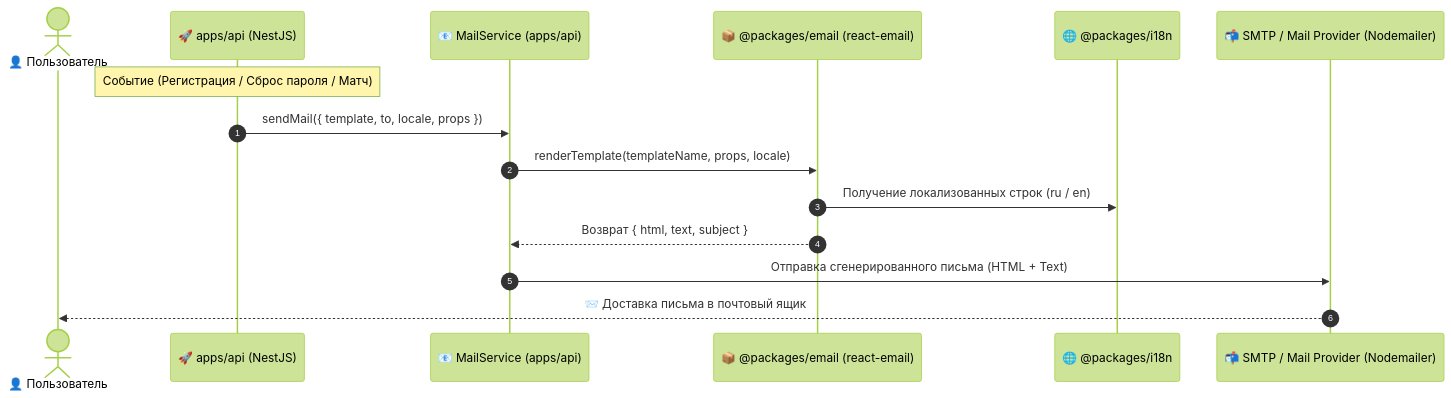
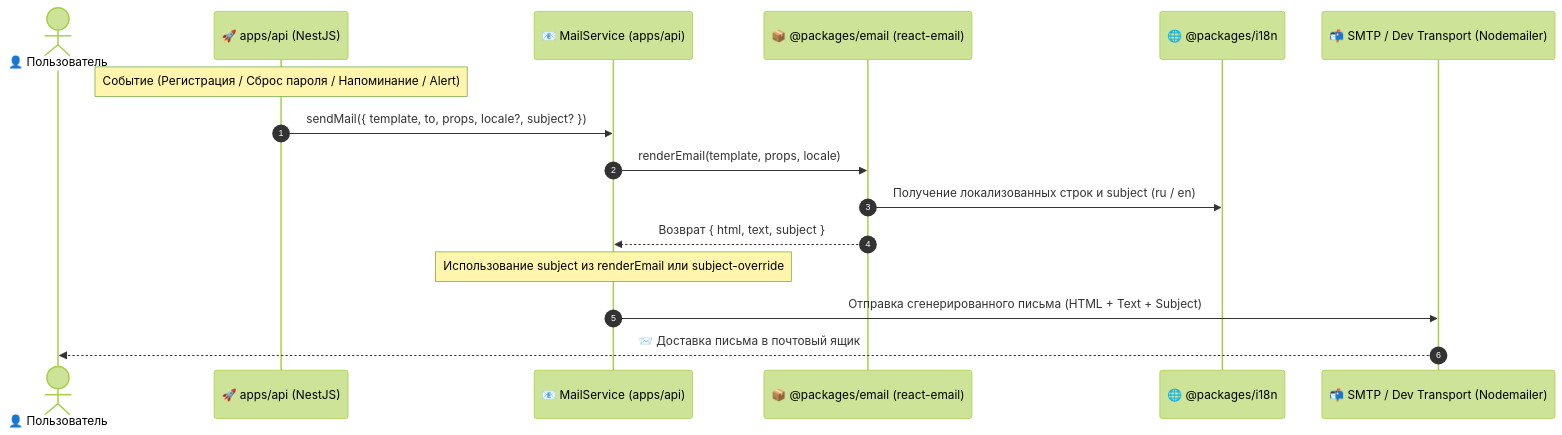
The diagram in docs/tasks/email-service.md (Riko4502/MockInterviewAI), drawn with Mermaid (forest theme) before and after one commit. The commit also changed other lines of this file, not shown here.

Commit message:
docs(task): add email service task documentation

````diff
--- a/docs/tasks/email-service.md
+++ b/docs/tasks/email-service.md
@@ -9,20 +9,21 @@
 ```mermaid
 sequenceDiagram
     autonumber
     actor User as 👤 Пользователь
     participant API as 🚀 apps/api (NestJS)
     participant MailService as 📧 MailService (apps/api)
     participant PkgEmail as 📦 @packages/email (react-email)
     participant I18n as 🌐 @packages/i18n
-    participant Transport as 📬 SMTP / Mail Provider (Nodemailer)
+    participant Transport as 📬 SMTP / Dev Transport (Nodemailer)
 
-    Note over API: Событие (Регистрация / Сброс пароля / Матч)
-    API->>MailService: sendMail({ template, to, locale, props })
+    Note over API: Событие (Регистрация / Сброс пароля / Напоминание / Alert)
+    API->>MailService: sendMail({ template, to, props, locale?, subject? })
     
-    MailService->>PkgEmail: renderTemplate(templateName, props, locale)
-    PkgEmail->>I18n: Получение локализованных строк (ru / en)
+    MailService->>PkgEmail: renderEmail(template, props, locale)
+    PkgEmail->>I18n: Получение локализованных строк и subject (ru / en)
     PkgEmail-->>MailService: Возврат { html, text, subject }
     
-    MailService->>Transport: Отправка сгенерированного письма (HTML + Text)
+    Note over MailService: Использование subject из renderEmail или subject-override
+    MailService->>Transport: Отправка сгенерированного письма (HTML + Text + Subject)
     Transport-->>User: 📨 Доставка письма в почтовый ящик
 ```
````
